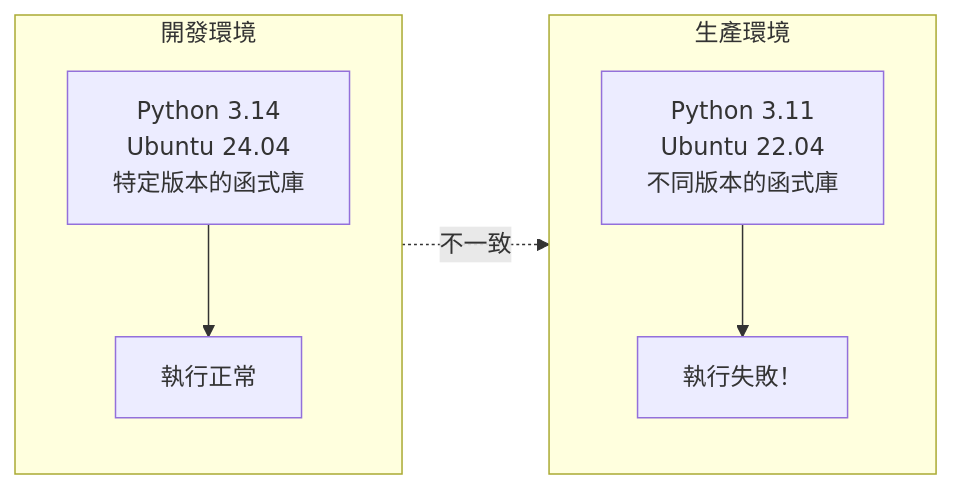
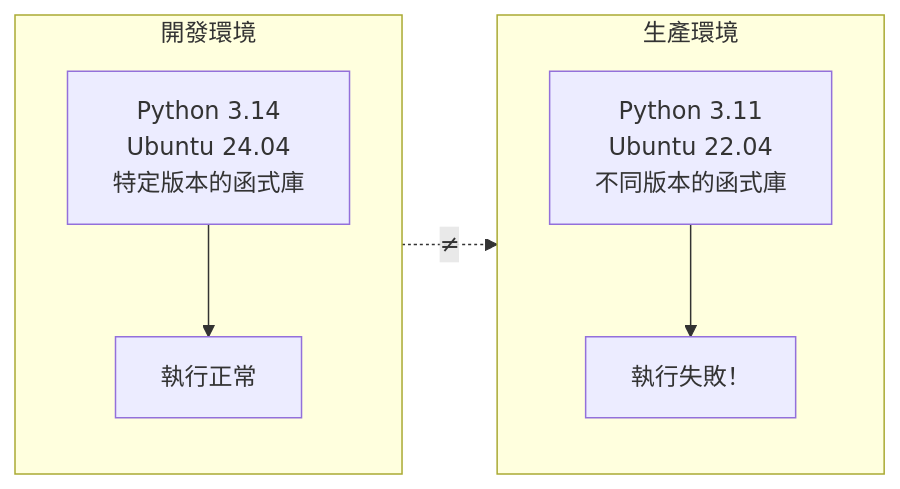
The first of 3 diagrams in 01_introduction/1.2_what.md (doggy8088/docker_practice), drawn with Mermaid before and after one commit. The commit also changed other lines of this file and 191 other files, not shown here.

````diff
--- a/01_introduction/1.2_what.md
+++ b/01_introduction/1.2_what.md
@@ -17,12 +17,12 @@
 ```mermaid
 flowchart LR
     subgraph Dev ["開發環境"]
         direction TB
         A["Python 3.14<br/>Ubuntu 24.04<br/>特定版本的函式庫"] --> B["執行正常"]
     end
     subgraph Prod ["生產環境"]
         direction TB
         C["Python 3.11<br/>Ubuntu 22.04<br/>不同版本的函式庫"] --> D["執行失敗！"]
     end
-    A -.->|不一致| C
+    A -. "≠" .-> C
 ```
````
